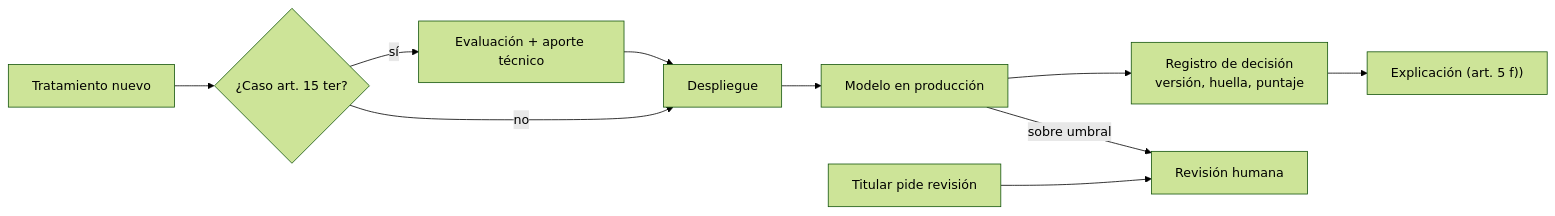
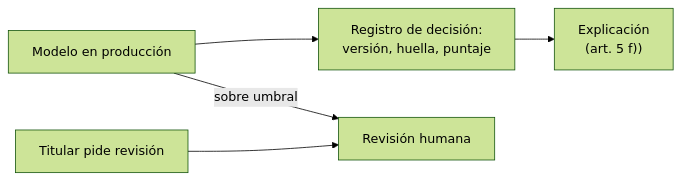
Before and after one commit to fcp4891/de-knowledge-hub: the second of 2 diagrams in content/concepts/dpia-and-automated-decisions.md, drawn with Mermaid (forest theme). The commit also changed other lines of this file and 20 other files, not shown here.

First line of the commit message:
§9 con el estándar de diagramas: 21 diagramas sobre 8 nodos o 10 aristas, rehechos

````diff
--- a/content/concepts/dpia-and-automated-decisions.md
+++ b/content/concepts/dpia-and-automated-decisions.md
@@ -131,11 +142,7 @@
 ```mermaid
 flowchart LR
-  N["Tratamiento nuevo"] --> G{"¿Caso art. 15 ter?"}
-  G -- "sí" --> E["Evaluación + aporte técnico"] --> D["Despliegue"]
-  G -- "no" --> D
-  D --> M["Modelo en producción"]
-  M --> L["Registro de decisión<br/>versión, huella, puntaje"]
+  M["Modelo en producción"] --> L["Registro de decisión:<br/>versión, huella, puntaje"]
+  L --> X["Explicación<br/>(art. 5 f))"]
   M -- "sobre umbral" --> H["Revisión humana"]
   T["Titular pide revisión"] --> H
-  L --> X["Explicación (art. 5 f))"]
 ```
````
